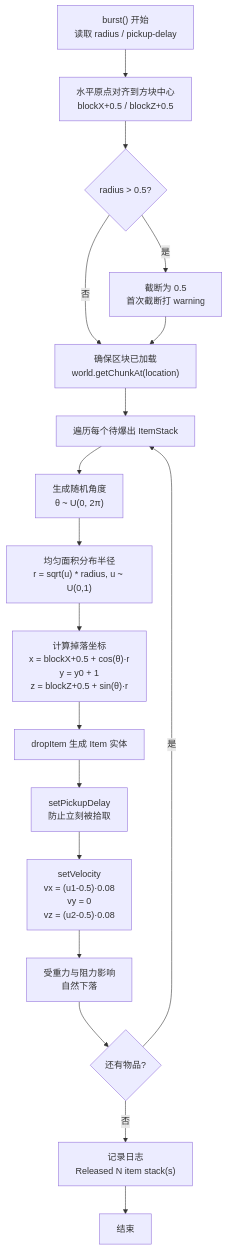
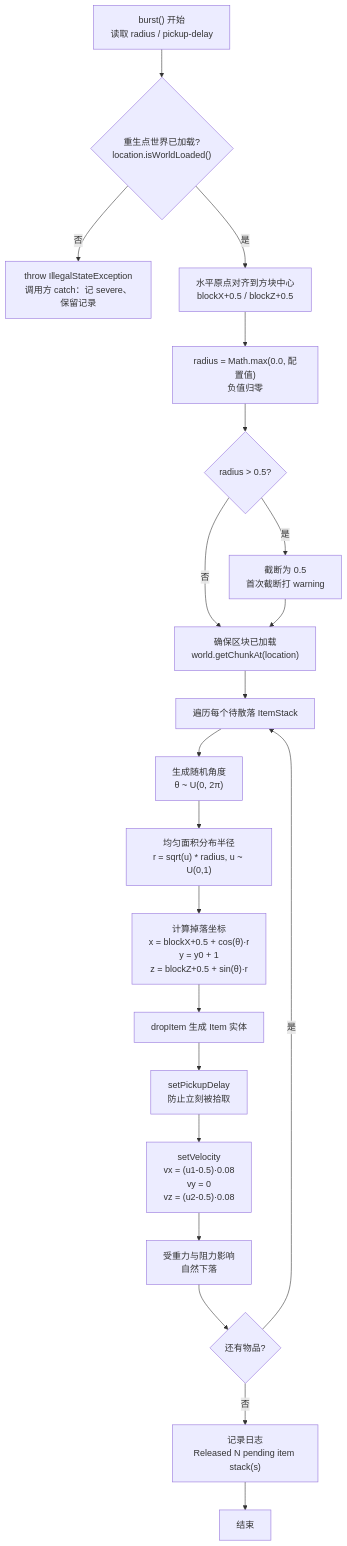
One commit to Lustrous-Hope-Makes-Dreams-Radiance/EndVoidRescue changed the third of 3 diagrams in docs/plugin-diagram.md. Above: the diagram before and after it, drawn with Mermaid. The commit also changed other lines of this file and 2 other files, not shown here.

Commit message:
docs: 以当前代码为准重写 testing.md / README.md / plugin-diagram.md

````diff
--- a/docs/plugin-diagram.md
+++ b/docs/plugin-diagram.md
@@ -83,20 +95,23 @@
 ```mermaid
 flowchart TD
-    A["burst() 开始<br/>读取 radius / pickup-delay"] --> A2["水平原点对齐到方块中心<br/>blockX+0.5 / blockZ+0.5"]
-    A2 --> A3{"radius > 0.5?"}
+    A["burst() 开始<br/>读取 radius / pickup-delay"] --> A0{"重生点世界已加载?<br/>location.isWorldLoaded()"}
+    A0 -- 否 --> A1["throw IllegalStateException<br/>调用方 catch：记 severe、保留记录"]
+    A0 -- 是 --> A2["水平原点对齐到方块中心<br/>blockX+0.5 / blockZ+0.5"]
+    A2 --> A5["radius = Math.max(0.0, 配置值)<br/>负值归零"]
+    A5 --> A3{"radius > 0.5?"}
     A3 -- 是 --> A4["截断为 0.5<br/>首次截断打 warning"]
     A3 -- 否 --> B
     A4 --> B["确保区块已加载<br/>world.getChunkAt(location)"]
-    B --> C["遍历每个待爆出 ItemStack"]
+    B --> C["遍历每个待散落 ItemStack"]
     C --> D["生成随机角度<br/>θ ~ U(0, 2π)"]
     D --> E["均匀面积分布半径<br/>r = sqrt(u) * radius, u ~ U(0,1)"]
     E --> F["计算掉落坐标<br/>x = blockX+0.5 + cos(θ)·r<br/>y = y0 + 1<br/>z = blockZ+0.5 + sin(θ)·r"]
     F --> G["dropItem 生成 Item 实体"]
     G --> H["setPickupDelay<br/>防止立刻被拾取"]
     H --> I["setVelocity<br/>vx = (u1-0.5)·0.08<br/>vy = 0<br/>vz = (u2-0.5)·0.08"]
     I --> J["受重力与阻力影响<br/>自然下落"]
     J --> K{"还有物品?"}
     K -- 是 --> C
-    K -- 否 --> L["记录日志<br/>Released N item stack(s)"]
+    K -- 否 --> L["记录日志<br/>Released N pending item stack(s)"]
     L --> M["结束"]
 ```
````
